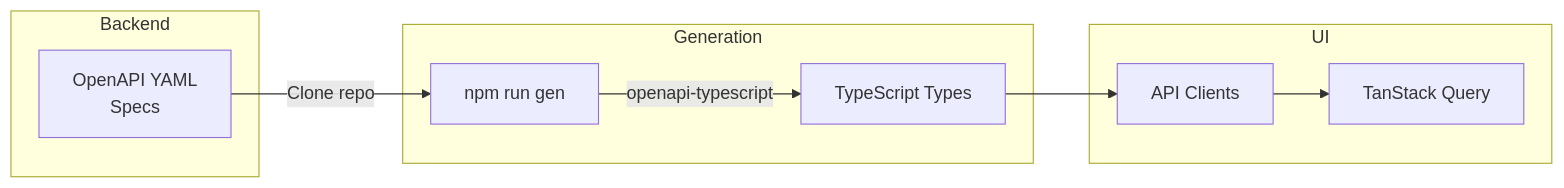
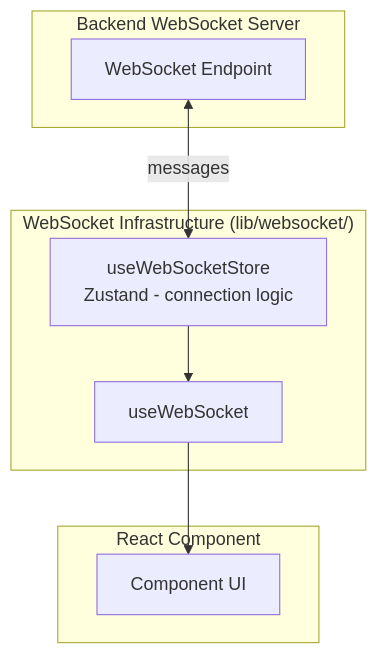
One commit to alinabuzachis/syntara changed the eighth of 19 diagrams in docs/architecture.md. Above: the diagram before and after it, drawn with Mermaid. The commit also changed other lines of this file and 13 other files, not shown here.

First line of the commit message:
Add WebSocket infrastructure with pure Zustand architecture (#149)

````diff
--- a/docs/architecture.md
+++ b/docs/architecture.md
@@ -427,21 +413,19 @@
 ```mermaid
-flowchart LR
-    subgraph Backend
-        YAML[OpenAPI YAML<br/>Specs]
-    end
+flowchart TB
+  subgraph Backend["Backend WebSocket Server"]
+    WS[WebSocket Endpoint]
+  end
 
-    subgraph Generation
-        Gen[npm run gen]
-        TS[TypeScript Types]
-    end
+  subgraph WebSocketInfra["WebSocket Infrastructure (lib/websocket/)"]
+    Store[useWebSocketStore<br/>Zustand - connection logic]
+    Hooks[useWebSocket]
+  end
 
-    subgraph UI
-        Client[API Clients]
-        Query[TanStack Query]
-    end
+  subgraph Component["React Component"]
+    UI[Component UI]
+  end
 
-    YAML -->|"Clone repo"| Gen
-    Gen -->|"openapi-typescript"| TS
-    TS --> Client
-    Client --> Query
+  WS <-->|"messages"| Store
+  Store --> Hooks
+  Hooks --> UI
 ```
````
